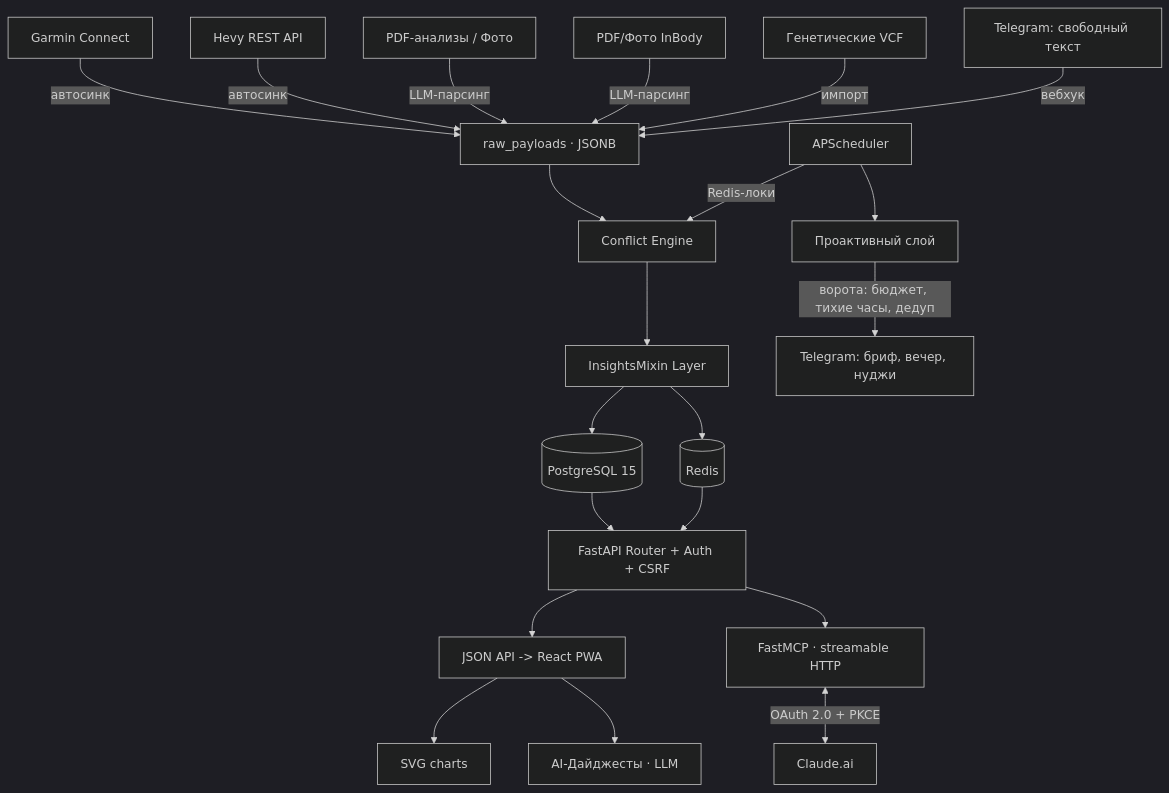
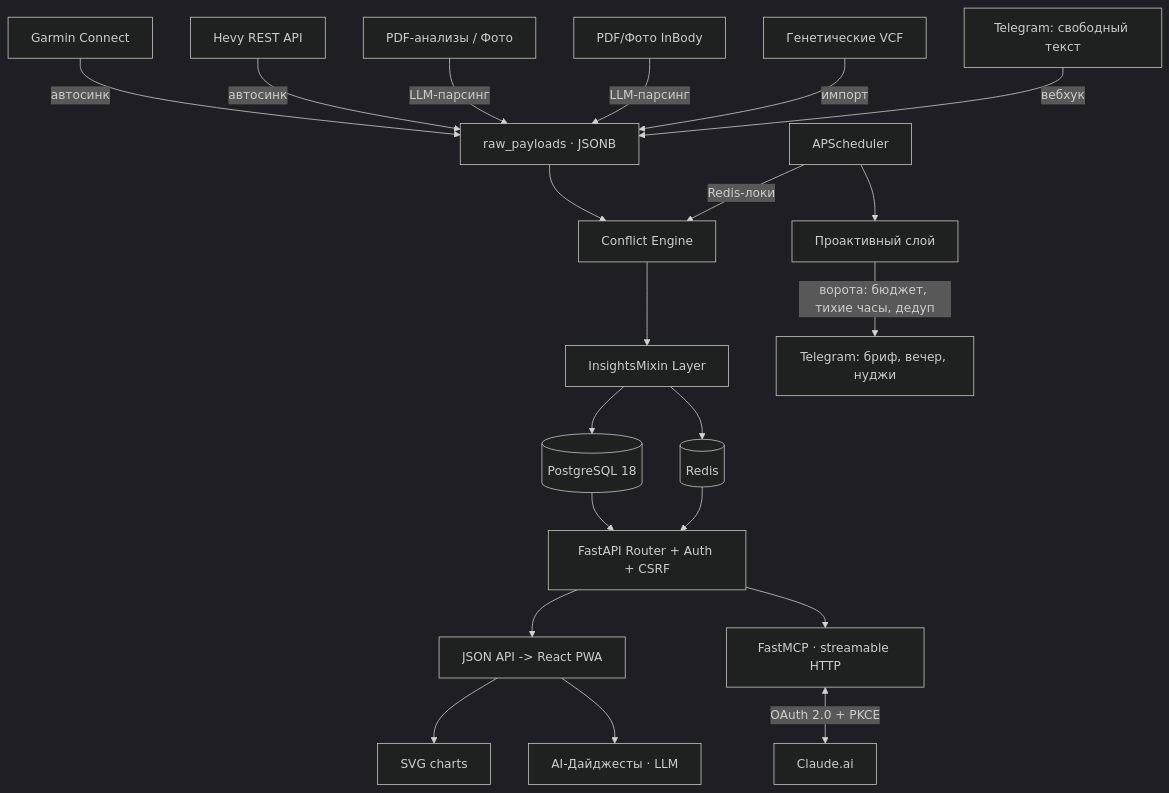
Before and after one commit to ilodezis/vitals: the first of 2 diagrams in README.md, drawn with Mermaid (dark theme). The commit also changed other lines of this file and 4 other files, not shown here.

First line of the commit message:
chore(db): move to PostgreSQL 18

````diff
--- a/README.md
+++ b/README.md
@@ -356,27 +356,27 @@
 ```mermaid
 graph TD
     Garmin[Garmin Connect] -->|автосинк| Raw[raw_payloads · JSONB]
     Hevy[Hevy REST API] -->|автосинк| Raw
     Labs[PDF-анализы / Фото] -->|LLM-парсинг| Raw
     BIA[PDF/Фото InBody] -->|LLM-парсинг| Raw
     VCF[Генетические VCF] -->|импорт| Raw
     TGin[Telegram: свободный текст] -->|вебхук| Raw
 
     Raw --> CE[Conflict Engine]
     CE --> IL[InsightsMixin Layer]
     Scheduler[APScheduler] -->|Redis-локи| CE
 
-    IL --> DB[(PostgreSQL 15)]
+    IL --> DB[(PostgreSQL 18)]
     IL --> Cache[(Redis)]
 
     DB & Cache --> FastAPI[FastAPI Router + Auth + CSRF]
 
     FastAPI --> UI[JSON API -> React PWA]
     FastAPI --> MCP[FastMCP · streamable HTTP]
     Scheduler --> PL[Проактивный слой]
     PL -->|ворота: бюджет, тихие часы, дедуп| TGout[Telegram: бриф, вечер, нуджи]
 
     UI --> Charts[SVG charts]
     UI --> AI[AI-Дайджесты · LLM]
     MCP <-->|OAuth 2.0 + PKCE| Claude[Claude.ai]
 ```
````
